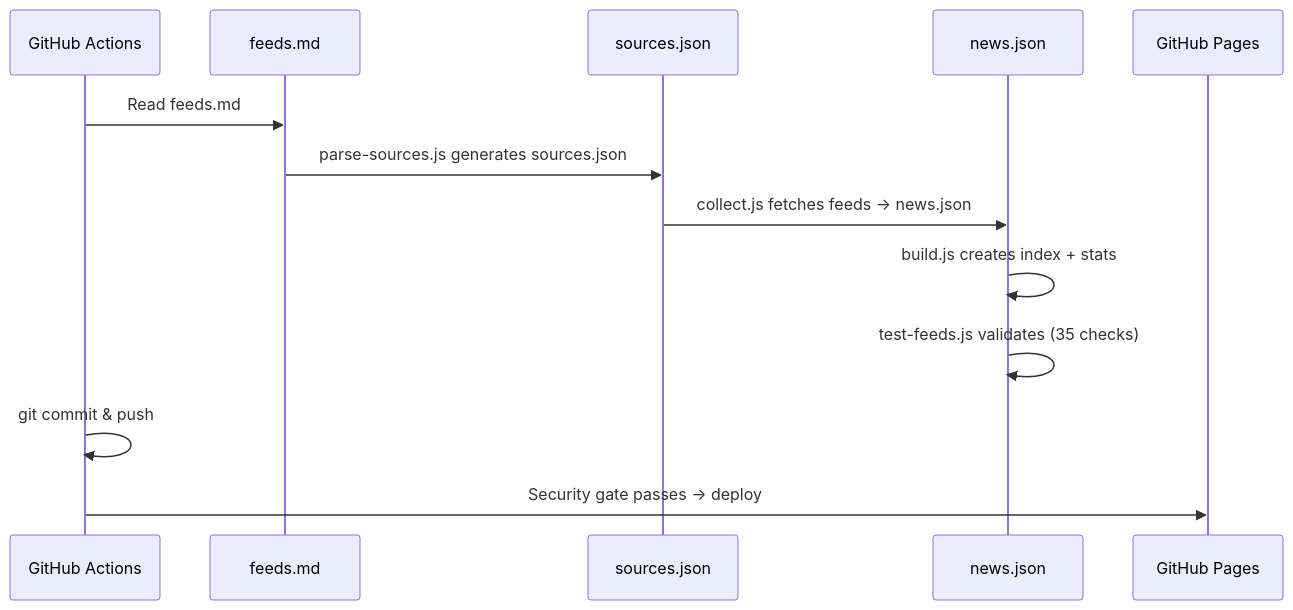
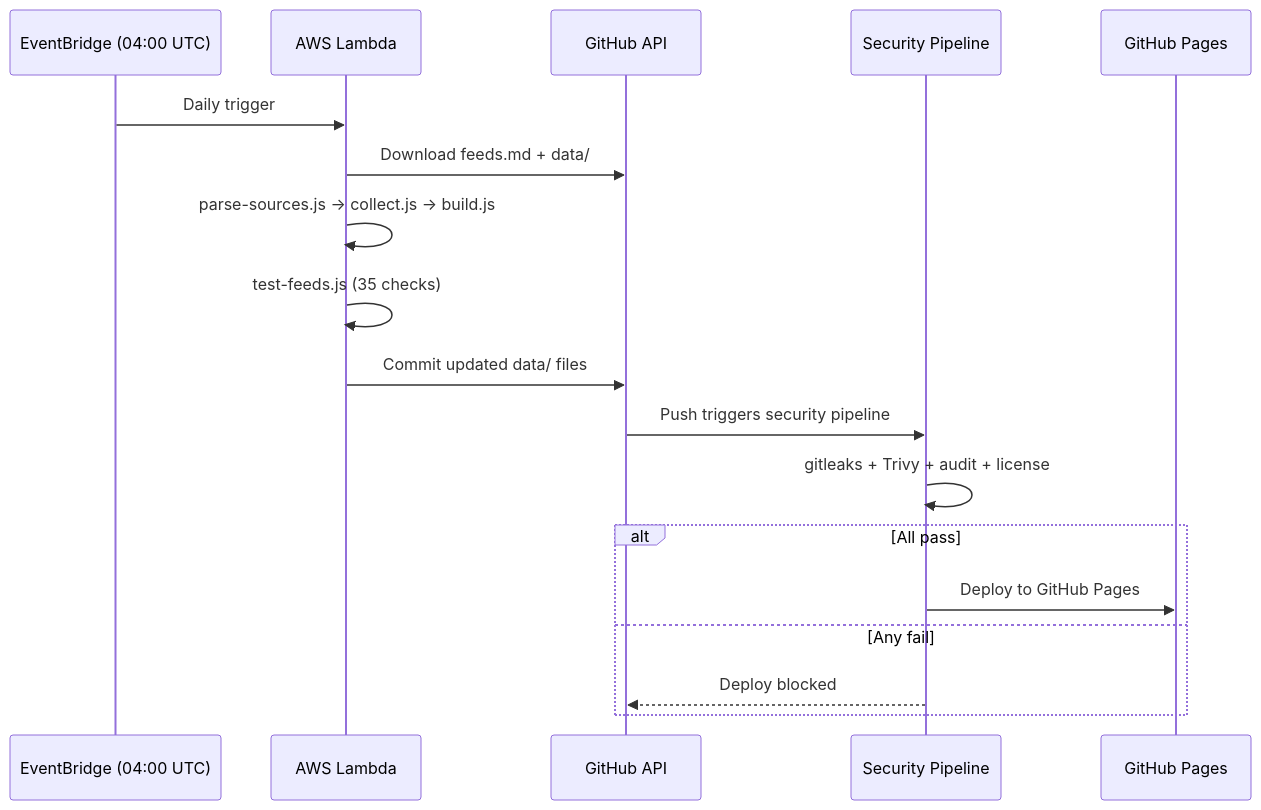
One commit to h3nryza/Tech-Update changed the diagram in HOW_TO_ADD.md. Above: the diagram before and after it, drawn with Mermaid. The commit also changed other lines of this file and 2 other files, not shown here.

Commit message:
docs: update README, ARCHITECTURE, and HOW_TO_ADD for Lambda pipeline
- Rewrite README.md with project overview, architecture diagram, quick
  start, tech stack, and documentation index
- Update ARCHITECTURE.md with Lambda collection flow, cost comparison,
  sequence diagram, and updated directory structure
- Update HOW_TO_ADD.md with Lambda references, updated rebuild diagram,
  and corrected file locations table

````diff
--- a/HOW_TO_ADD.md
+++ b/HOW_TO_ADD.md
@@ -160,16 +161,21 @@
 ```mermaid
 sequenceDiagram
-    participant GH as GitHub Actions
-    participant FM as feeds.md
-    participant SJ as sources.json
-    participant NJ as news.json
+    participant EB as EventBridge (04:00 UTC)
+    participant L as AWS Lambda
+    participant GH as GitHub API
+    participant SEC as Security Pipeline
     participant GP as GitHub Pages
 
-    GH->>FM: Read feeds.md
-    FM->>SJ: parse-sources.js generates sources.json
-    SJ->>NJ: collect.js fetches feeds -> news.json
-    NJ->>NJ: build.js creates index + stats
-    NJ->>NJ: test-feeds.js validates (35 checks)
-    GH->>GH: git commit & push
-    GH->>GP: Security gate passes -> deploy
+    EB->>L: Daily trigger
+    L->>GH: Download feeds.md + data/
+    L->>L: parse-sources.js -> collect.js -> build.js
+    L->>L: test-feeds.js (35 checks)
+    L->>GH: Commit updated data/ files
+    GH->>SEC: Push triggers security pipeline
+    SEC->>SEC: gitleaks + Trivy + audit + license
+    alt All pass
+        SEC->>GP: Deploy to GitHub Pages
+    else Any fail
+        SEC-->>GH: Deploy blocked
+    end
 ```
````
